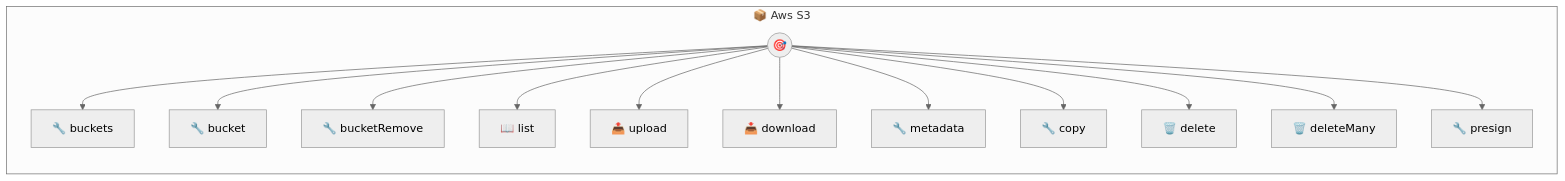
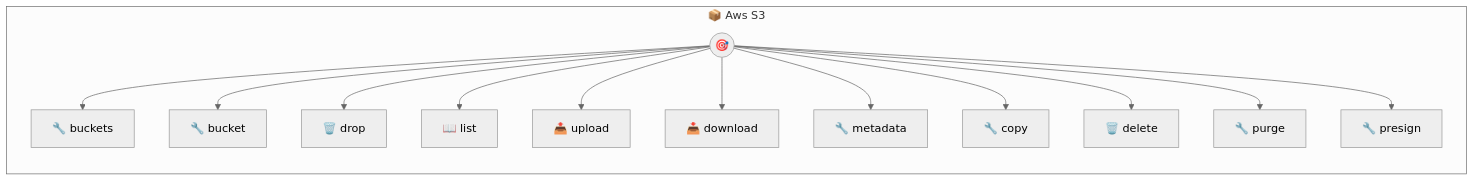
Before and after one commit to portel-dev/photons: the diagram in aws-s3.md, drawn with Mermaid (neutral theme). The commit also changed other lines of this file and 20 other files, not shown here.

````diff
--- a/aws-s3.md
+++ b/aws-s3.md
@@ -216,29 +216,29 @@
 ```mermaid
 flowchart LR
     subgraph aws_s3["📦 Aws S3"]
         direction TB
         PHOTON((🎯))
         T0[🔧 buckets]
         PHOTON --> T0
         T1[🔧 bucket]
         PHOTON --> T1
-        T2[🔧 bucketRemove]
+        T2[🗑️ drop]
         PHOTON --> T2
         T3[📖 list]
         PHOTON --> T3
         T4[📤 upload]
         PHOTON --> T4
         T5[📥 download]
         PHOTON --> T5
         T6[🔧 metadata]
         PHOTON --> T6
         T7[🔧 copy]
         PHOTON --> T7
         T8[🗑️ delete]
         PHOTON --> T8
-        T9[🗑️ deleteMany]
+        T9[🔧 purge]
         PHOTON --> T9
         T10[🔧 presign]
         PHOTON --> T10
     end
 ```
````
